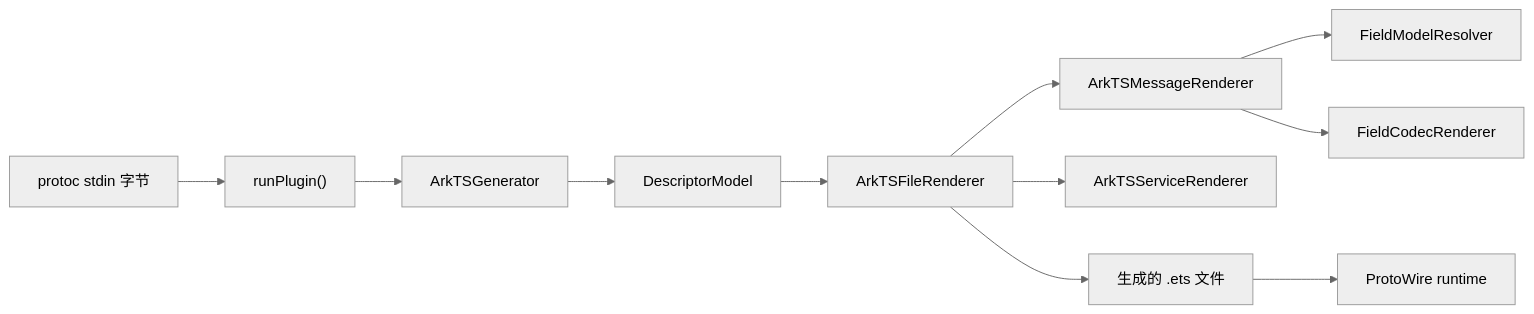
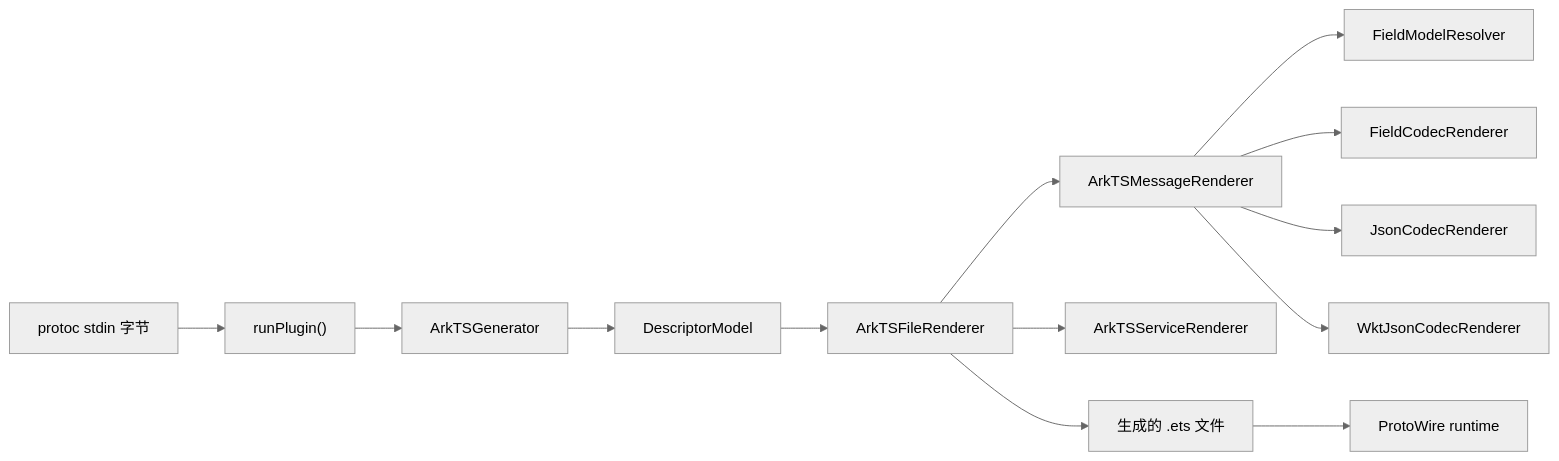
The diagram in docs/architecture.md (evilwk/protoc-gen-arkts), drawn with Mermaid (neutral theme) before and after one commit. The commit also changed other lines of this file and 51 other files, not shown here.

````diff
--- a/docs/architecture.md
+++ b/docs/architecture.md
@@ -9,13 +9,15 @@
 ```mermaid
 flowchart LR
   A["protoc stdin 字节"] --> B["runPlugin()"]
   B --> C["ArkTSGenerator"]
   C --> D["DescriptorModel"]
   D --> E["ArkTSFileRenderer"]
   E --> F["ArkTSMessageRenderer"]
   F --> G["FieldModelResolver"]
   F --> H["FieldCodecRenderer"]
+  F --> L["JsonCodecRenderer"]
+  F --> M["WktJsonCodecRenderer"]
   E --> K["ArkTSServiceRenderer"]
   E --> I["生成的 .ets 文件"]
   I --> J["ProtoWire runtime"]
 ```
````
